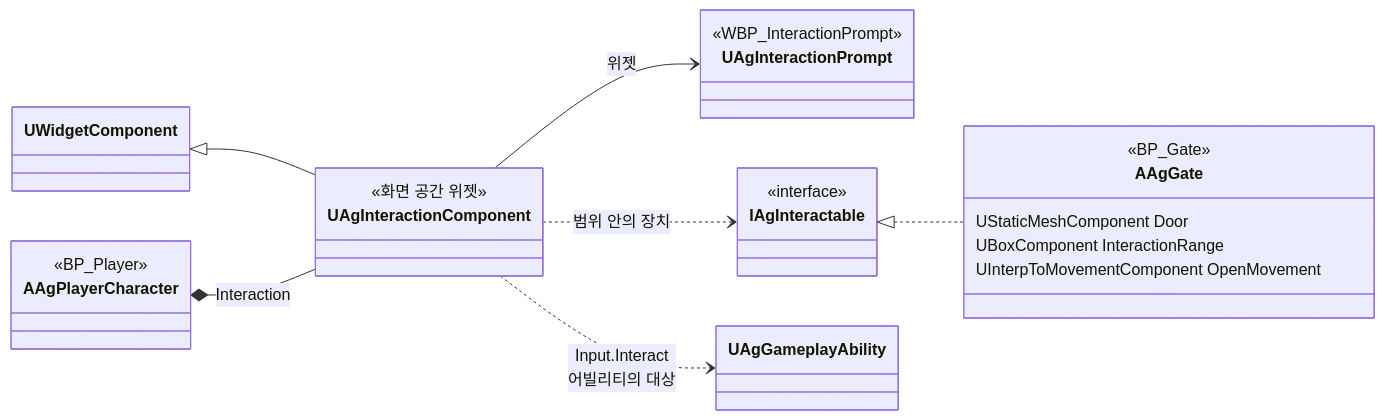
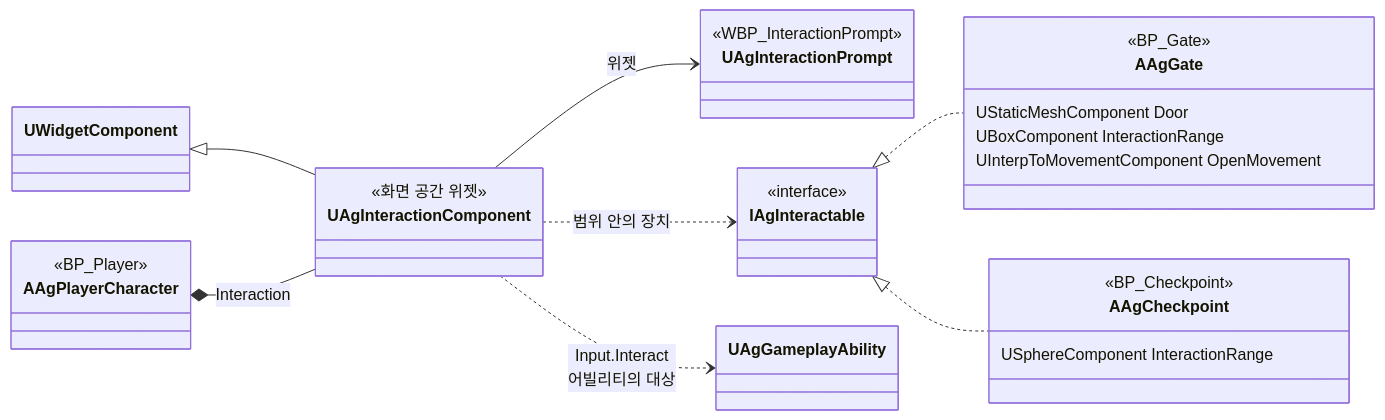
One commit to Woogl/Ag changed the diagram in Docs/Architecture/상호작용.md. Above: the diagram before and after it, drawn with Mermaid. The commit also changed other lines of this file and 15 other files, not shown here.

````diff
--- a/Docs/Architecture/상호작용.md
+++ b/Docs/Architecture/상호작용.md
@@ -34,28 +35,33 @@
 ```mermaid
 classDiagram
     direction LR
     class AAgPlayerCharacter {
         <<BP_Player>>
     }
     class UAgInteractionComponent {
         <<화면 공간 위젯>>
     }
     class UAgInteractionPrompt {
         <<WBP_InteractionPrompt>>
     }
     class IAgInteractable {
         <<interface>>
     }
     class AAgGate {
         <<BP_Gate>>
         UStaticMeshComponent Door
         UBoxComponent InteractionRange
         UInterpToMovementComponent OpenMovement
     }
     UWidgetComponent <|-- UAgInteractionComponent
     AAgPlayerCharacter *-- UAgInteractionComponent : Interaction
     UAgInteractionComponent --> UAgInteractionPrompt : 위젯
     UAgInteractionComponent ..> UAgGameplayAbility : Input.Interact<br>어빌리티의 대상
+    class AAgCheckpoint {
+        <<BP_Checkpoint>>
+        USphereComponent InteractionRange
+    }
     UAgInteractionComponent ..> IAgInteractable : 범위 안의 장치
     IAgInteractable <|.. AAgGate
+    IAgInteractable <|.. AAgCheckpoint
 ```
````
